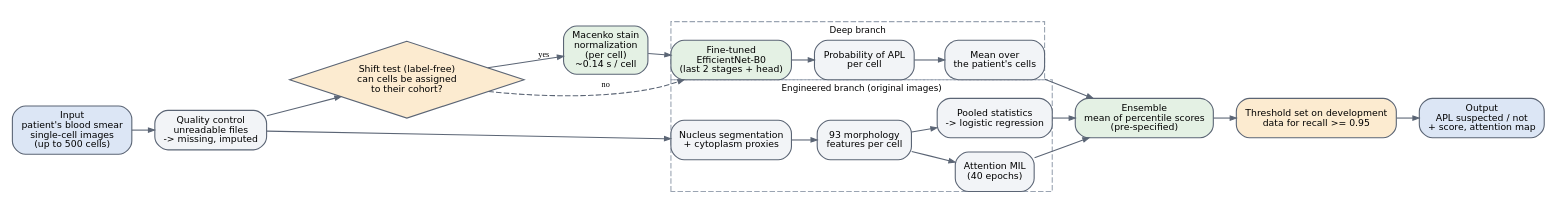
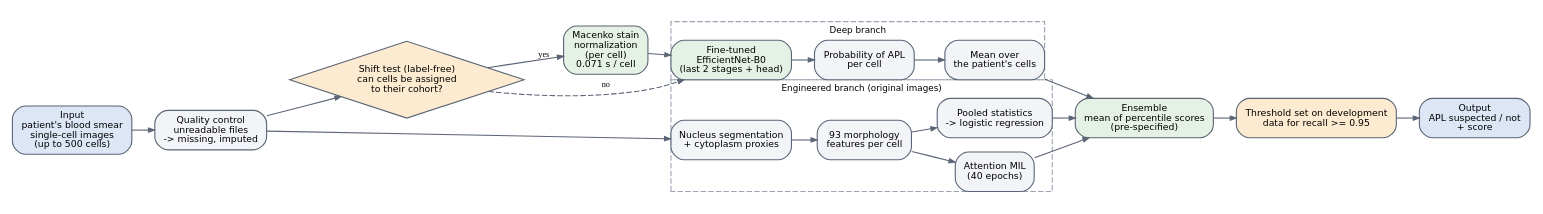
One commit to Sherif-Hussein/leukemia-leakage-benchmark changed the diagram in manuscript/figures/fig_pipeline_primary.dot. Above: the diagram before and after it, drawn with Graphviz. The commit also changed 77 other files, not shown here.

```diff
--- a/manuscript/figures/fig_pipeline_primary.dot
+++ b/manuscript/figures/fig_pipeline_primary.dot
@@ -1,29 +1,29 @@
 digraph P {
   graph [rankdir=LR, fontname="DejaVu Sans", fontsize=10, nodesep=0.18, ranksep=0.28, margin=0.04];
   node  [shape=box, style="rounded,filled", fillcolor="#F2F4F7", color="#5B6575", fontname="DejaVu Sans", fontsize=8.5];
   edge  [color="#5B6575", arrowsize=0.55];
   in   [label="Input\npatient's blood smear\nsingle-cell images\n(up to 500 cells)", fillcolor="#DCE6F5"];
   qc   [label="Quality control\nunreadable files\n-> missing, imputed"];
   shift[label="Shift test (label-free)\ncan cells be assigned\nto their cohort?", fillcolor="#FCEBD0", shape=diamond, style="filled"];
-  mac  [label="Macenko stain\nnormalization\n(per cell)\n~0.14 s / cell", fillcolor="#E4F1E4"];
+  mac  [label="Macenko stain\nnormalization\n(per cell)\n0.071 s / cell", fillcolor="#E4F1E4"];
   subgraph cluster_a { label="Engineered branch (original images)"; fontsize=8; style=dashed; color="#9AA4B2";
     seg  [label="Nucleus segmentation\n+ cytoplasm proxies"];
     eng  [label="93 morphology\nfeatures per cell"];
     pool [label="Pooled statistics\n-> logistic regression"];
     mil  [label="Attention MIL\n(40 epochs)"];
   }
   subgraph cluster_b { label="Deep branch"; fontsize=8; style=dashed; color="#9AA4B2";
     ft   [label="Fine-tuned\nEfficientNet-B0\n(last 2 stages + head)", fillcolor="#E4F1E4"];
     pc   [label="Probability of APL\nper cell"];
     mp   [label="Mean over\nthe patient's cells"];
   }
   ens  [label="Ensemble\nmean of percentile scores\n(pre-specified)", fillcolor="#E4F1E4"];
   thr  [label="Threshold set on development\ndata for recall >= 0.95", fillcolor="#FCEBD0"];
-  out  [label="Output\nAPL suspected / not\n+ score, attention map", fillcolor="#DCE6F5"];
+  out  [label="Output\nAPL suspected / not\n+ score", fillcolor="#DCE6F5"];
   in -> qc -> shift;
   shift -> mac [label=" yes", fontsize=7.5];
   shift -> ft [label=" no", fontsize=7.5, style=dashed];
   mac -> ft -> pc -> mp -> ens;
   qc -> seg -> eng; eng -> pool -> ens; eng -> mil -> ens;
   ens -> thr -> out;
 }
```
